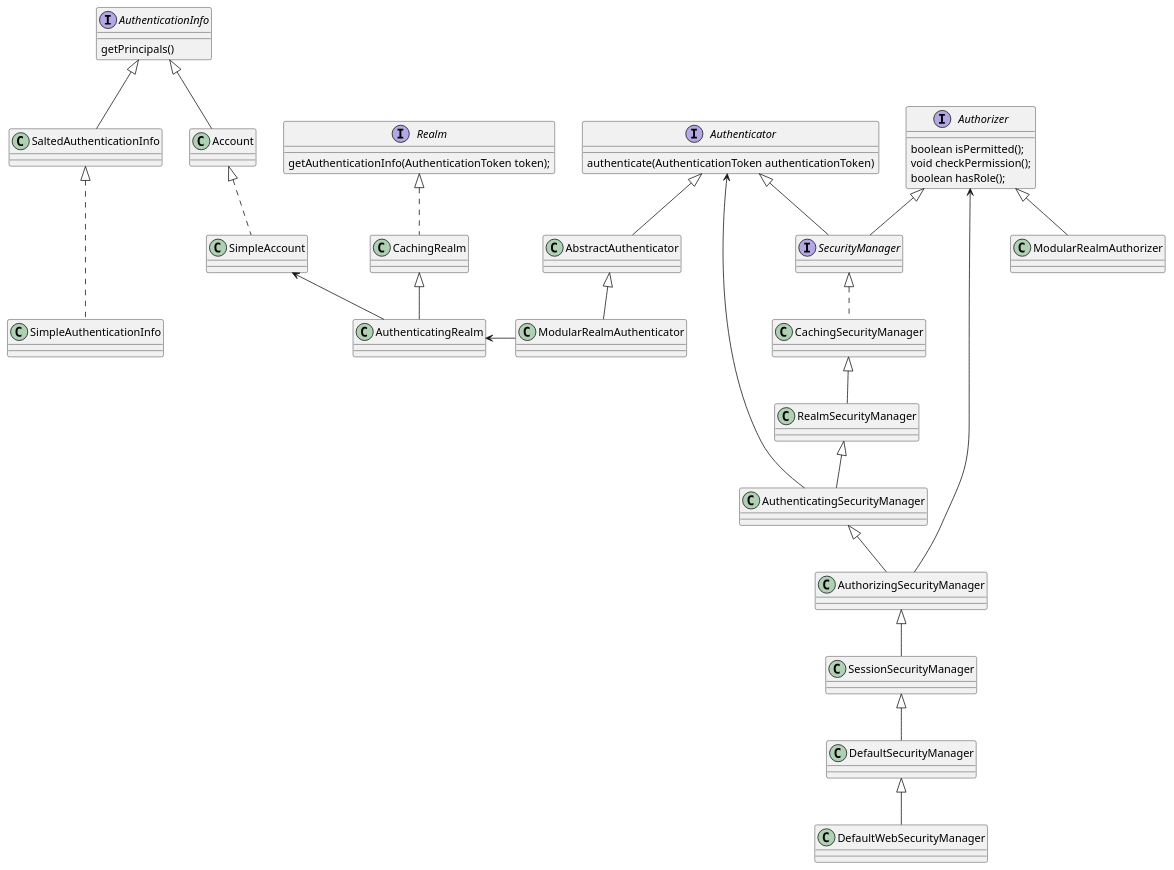
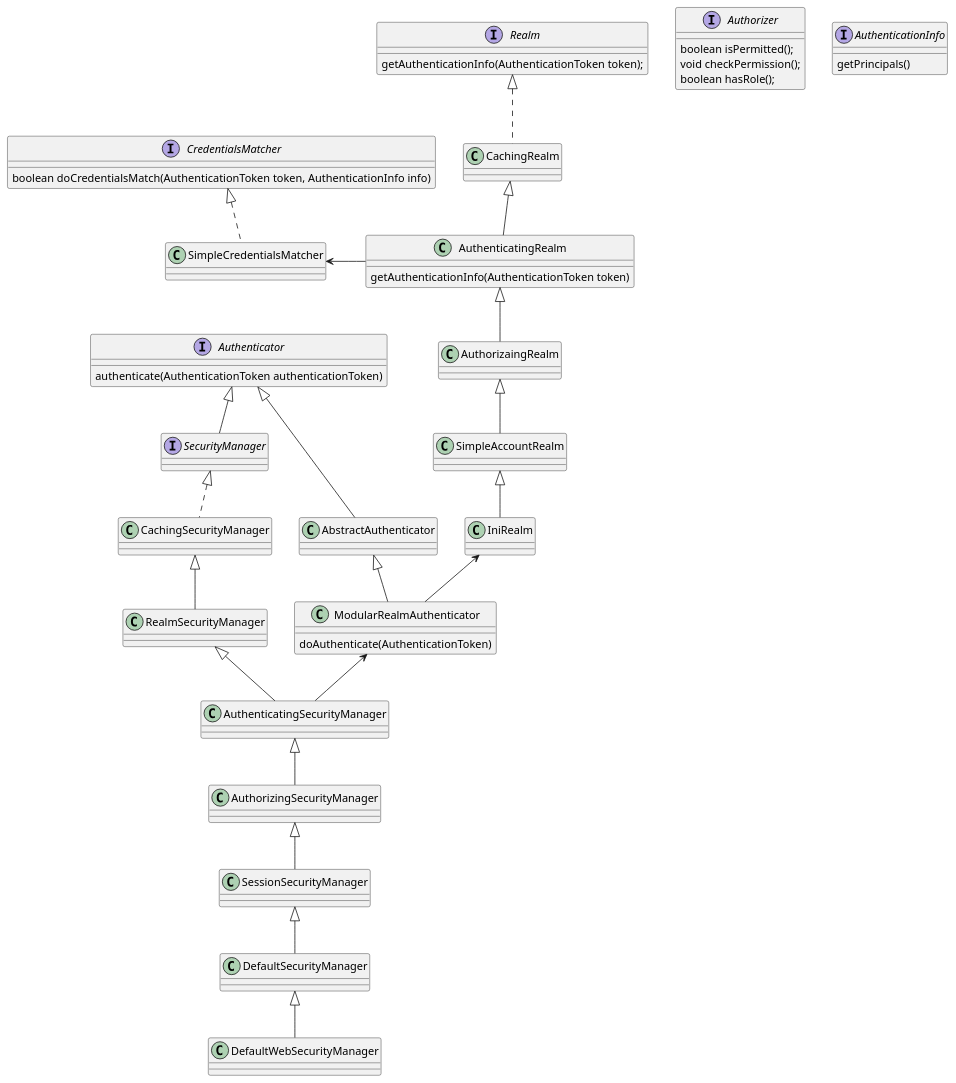
The diagram in shiro/A_Class_UML/Authentication.puml (ljhupahu/MyProject), drawn with PlantUML before and after one commit.

Commit message:
create Authentication class diagram

```diff
--- a/shiro/A_Class_UML/Authentication.puml
+++ b/shiro/A_Class_UML/Authentication.puml
@@ -1,52 +1,60 @@
 @startuml
 
 interface SecurityManager
 interface Realm{
     getAuthenticationInfo(AuthenticationToken token);
 }
 
 interface Authenticator{
     authenticate(AuthenticationToken authenticationToken)
 }
 
 interface Authorizer{
     boolean isPermitted();
     void checkPermission();
     boolean hasRole();
 }
 
 interface AuthenticationInfo{
     getPrincipals()
 }
 
-AuthenticationInfo <|-- SaltedAuthenticationInfo
-AuthenticationInfo <|-- Account
-Account <|.. SimpleAccount
-SaltedAuthenticationInfo <|-.. SimpleAuthenticationInfo
-SimpleAccount <-- AuthenticatingRealm
+interface CredentialsMatcher{
+    boolean doCredentialsMatch(AuthenticationToken token, AuthenticationInfo info)
+}
 
-Authenticator <-- AuthenticatingSecurityManager
+class ModularRealmAuthenticator{
+    'Attempts to authenticate the given token by iterating over the internal collection of
+    doAuthenticate(AuthenticationToken)
+}
+
+class AuthenticatingRealm{
+    getAuthenticationInfo(AuthenticationToken token)
+}
+
 Authenticator <|-- SecurityManager
-Authenticator <|-- AbstractAuthenticator
-AbstractAuthenticator <|-- ModularRealmAuthenticator
-
-Authorizer <|-- SecurityManager
-Authorizer <-- AuthorizingSecurityManager
-Authorizer <|-- ModularRealmAuthorizer
-
 SecurityManager <|.. CachingSecurityManager
 CachingSecurityManager <|-- RealmSecurityManager
 RealmSecurityManager <|-- AuthenticatingSecurityManager
-
 AuthenticatingSecurityManager <|-- AuthorizingSecurityManager
 AuthorizingSecurityManager <|-- SessionSecurityManager
-
 SessionSecurityManager <|-- DefaultSecurityManager
 DefaultSecurityManager <|-- DefaultWebSecurityManager
 
 Realm <|.. CachingRealm
 CachingRealm <|-- AuthenticatingRealm
-AuthenticatingRealm <- ModularRealmAuthenticator
+AuthenticatingRealm <|-- AuthorizaingRealm
+AuthorizaingRealm <|-- SimpleAccountRealm
+SimpleAccountRealm <|-- IniRealm
+IniRealm <-- ModularRealmAuthenticator
 
+Authenticator <|-- AbstractAuthenticator
+AbstractAuthenticator <|-- ModularRealmAuthenticator
+
+ModularRealmAuthenticator <-- AuthenticatingSecurityManager
+
+CredentialsMatcher <|.. SimpleCredentialsMatcher
+
+SimpleCredentialsMatcher <- AuthenticatingRealm
 
 @enduml
```
